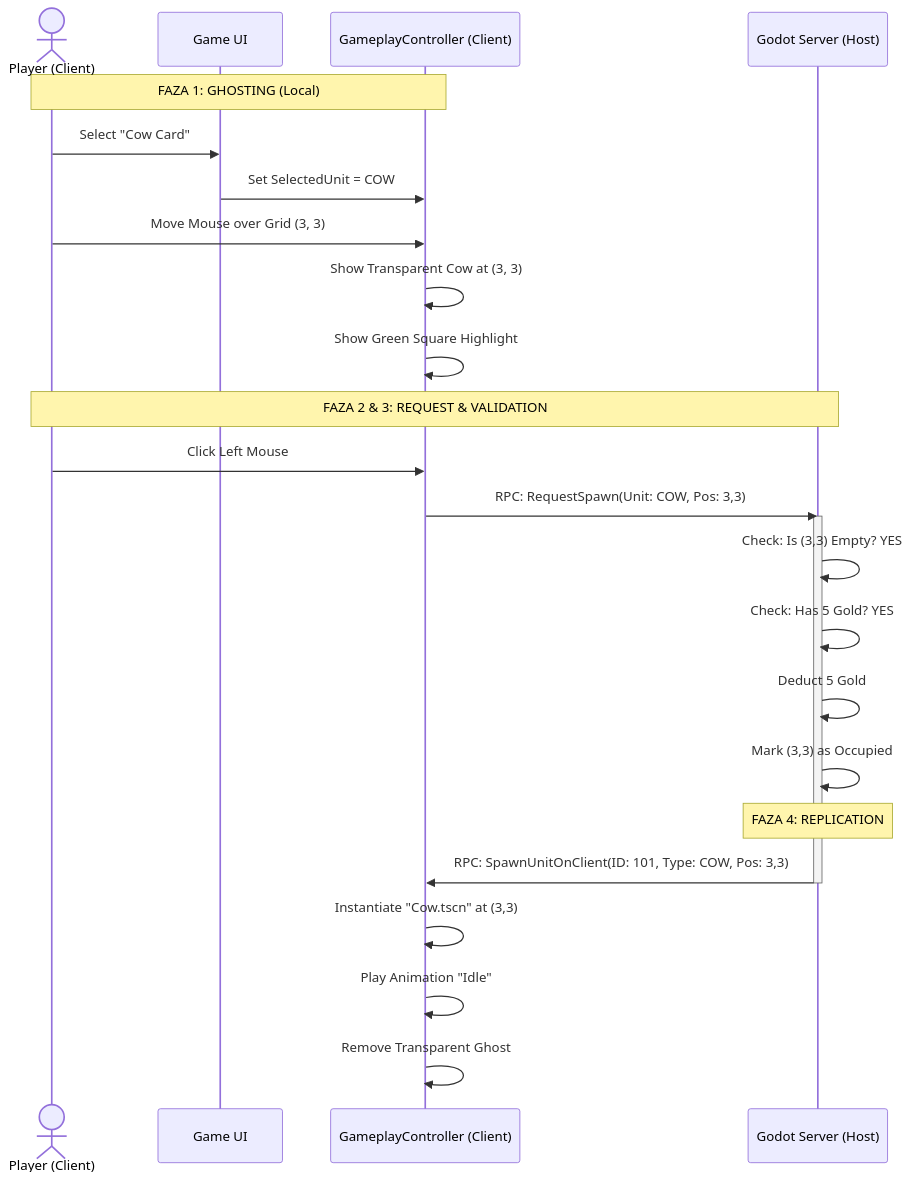
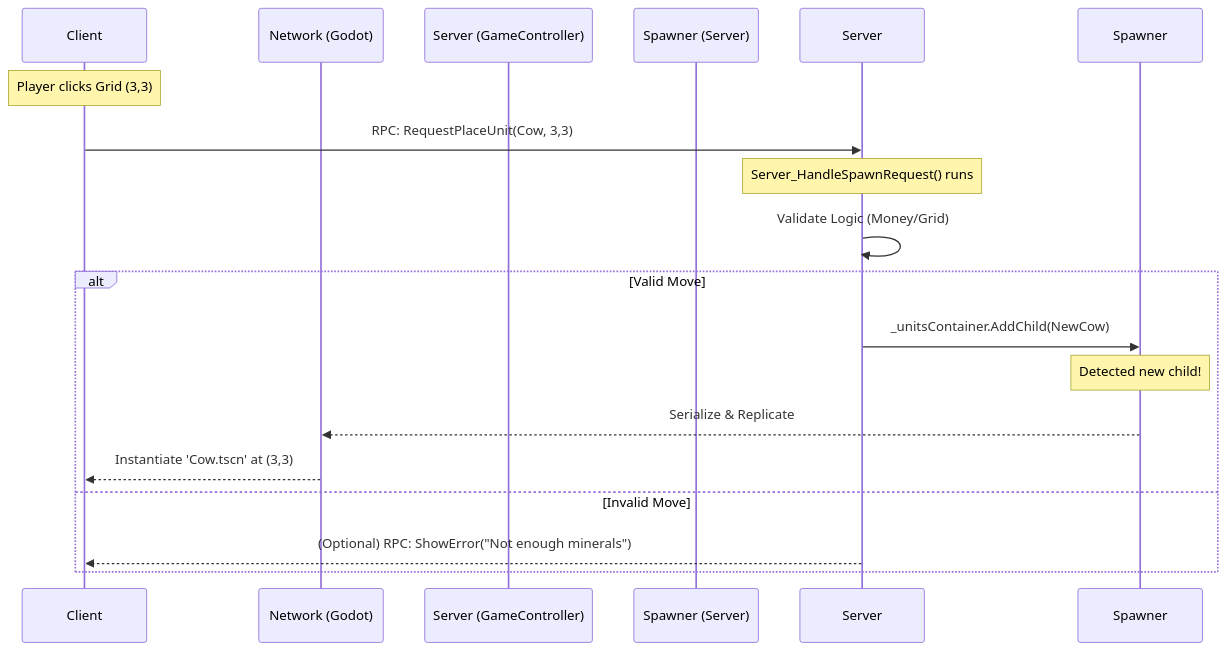
Before and after one commit to stefanFortza/farm-defense-harvest-wars: the diagram in docs/diagrams/unit_placement.mmd, drawn with Mermaid. The commit also changed 39 other files, not shown here.

First line of the commit message:
feat: Implement MatchManager, UnitFactory, and GridSystem for gameplay mechanics

```diff
--- a/docs/diagrams/unit_placement.mmd
+++ b/docs/diagrams/unit_placement.mmd
@@ -1,30 +1,20 @@
 sequenceDiagram
-    actor P as Player (Client)
-    participant UI as Game UI
-    participant GC as GameplayController (Client)
-    participant SV as Godot Server (Host)
+    participant Client
+    participant Network (Godot)
+    participant Server (GameController)
+    participant Spawner (Server)
+
+    Note over Client: Player clicks Grid (3,3)
+    Client->>Server: RPC: RequestPlaceUnit(Cow, 3,3)
     
-    Note over P, GC: FAZA 1: GHOSTING (Local)
-    P->>UI: Select "Cow Card"
-    UI->>GC: Set SelectedUnit = COW
-    P->>GC: Move Mouse over Grid (3, 3)
-    GC->>GC: Show Transparent Cow at (3, 3)
-    GC->>GC: Show Green Square Highlight
+    Note over Server: Server_HandleSpawnRequest() runs
+    Server->>Server: Validate Logic (Money/Grid)
     
-    Note over P, SV: FAZA 2 & 3: REQUEST & VALIDATION
-    P->>GC: Click Left Mouse
-    GC->>SV: RPC: RequestSpawn(Unit: COW, Pos: 3,3)
-    
-    activate SV
-    SV->>SV: Check: Is (3,3) Empty? YES
-    SV->>SV: Check: Has 5 Gold? YES
-    SV->>SV: Deduct 5 Gold
-    SV->>SV: Mark (3,3) as Occupied
-    
-    Note over SV: FAZA 4: REPLICATION
-    SV->>GC: RPC: SpawnUnitOnClient(ID: 101, Type: COW, Pos: 3,3)
-    deactivate SV
-    
-    GC->>GC: Instantiate "Cow.tscn" at (3,3)
-    GC->>GC: Play Animation "Idle"
-    GC->>GC: Remove Transparent Ghost
+    alt Valid Move
+        Server->>Spawner: _unitsContainer.AddChild(NewCow)
+        Note over Spawner: Detected new child!
+        Spawner-->>Network (Godot): Serialize & Replicate
+        Network (Godot)-->>Client: Instantiate 'Cow.tscn' at (3,3)
+    else Invalid Move
+        Server-->>Client: (Optional) RPC: ShowError("Not enough minerals")
+    end
```
